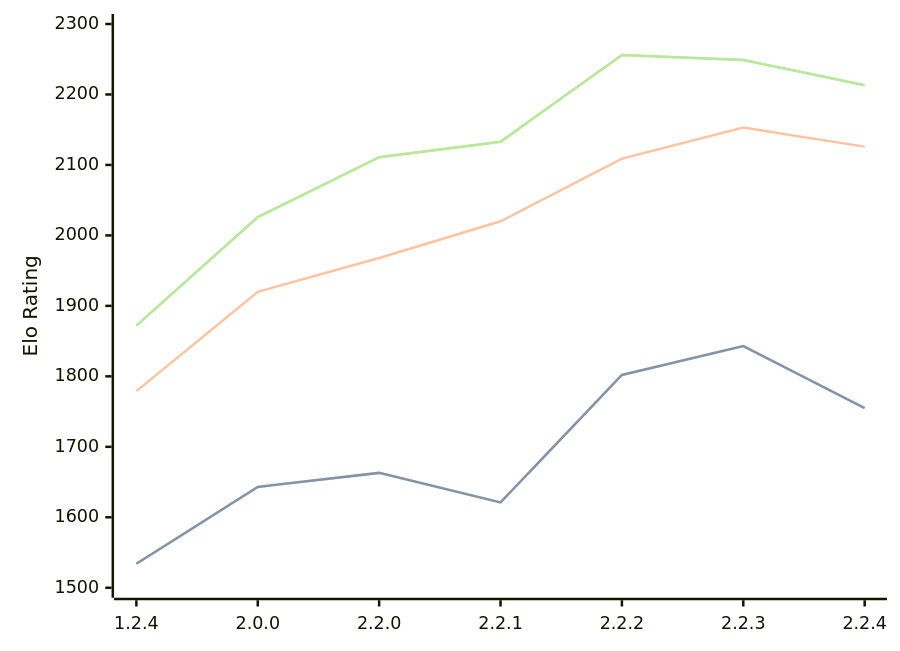
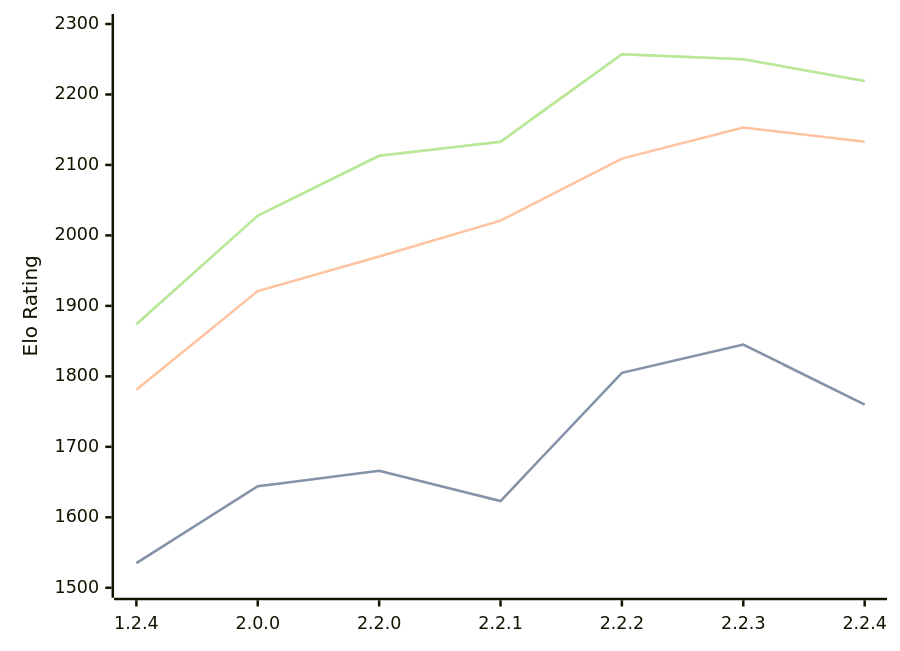
The diagram in engines/Kreveta.md (computer-chess-index/cci), drawn with Mermaid before and after one commit. The commit also changed other lines of this file, not shown here.

Commit message:
Update CCI Ratings (ELO VLTC) - 2026-03-14

````diff
--- a/engines/Kreveta.md
+++ b/engines/Kreveta.md
@@ -38,11 +38,11 @@
 ```mermaid
 %%{init: {"theme":"base","themeVariables":{"seriesColors:['#a3a3a3','#222221','#faa371']}}}%%
 xychart-beta
   x-axis ["1.2.4", "2.0.0", "2.2.0", "2.2.1", "2.2.2", "2.2.3", "2.2.4"]
   y-axis "Elo Rating" 1500 --> 2300
-  line "STC (8.0+0.08s)" [1534, 1643, 1663, 1621, 1802, 1843, 1755]
-  line "STC (8.0+0.08s)" [1534, 1643, 1663, 1621, 1802, 1843, 1755]
-  line "LTC (60.0+0.60s)" [1779, 1920, 1968, 2020, 2109, 2153, 2126]
-  line "VLTC (2m24s+1.12s)" [1872, 2026, 2111, 2133, 2256, 2249, 2213]
-  line "VLTC (2m24s+1.12s)" [1872, 2026, 2111, 2133, 2256, 2249, 2213]
+  line "STC (8.0+0.08s)" [1535, 1644, 1666, 1623, 1805, 1845, 1760]
+  line "STC (8.0+0.08s)" [1535, 1644, 1666, 1623, 1805, 1845, 1760]
+  line "LTC (60.0+0.60s)" [1781, 1921, 1970, 2021, 2109, 2153, 2133]
+  line "VLTC (2m24s+1.12s)" [1874, 2028, 2113, 2133, 2257, 2250, 2219]
+  line "VLTC (2m24s+1.12s)" [1874, 2028, 2113, 2133, 2257, 2250, 2219]
 ```
````
